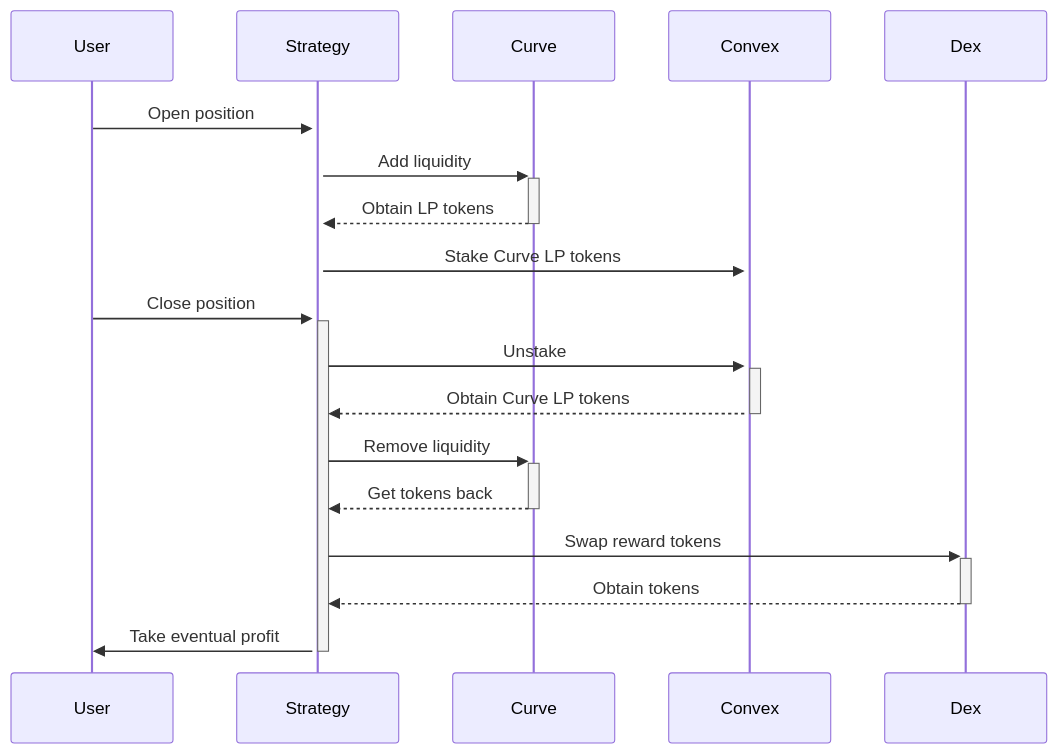
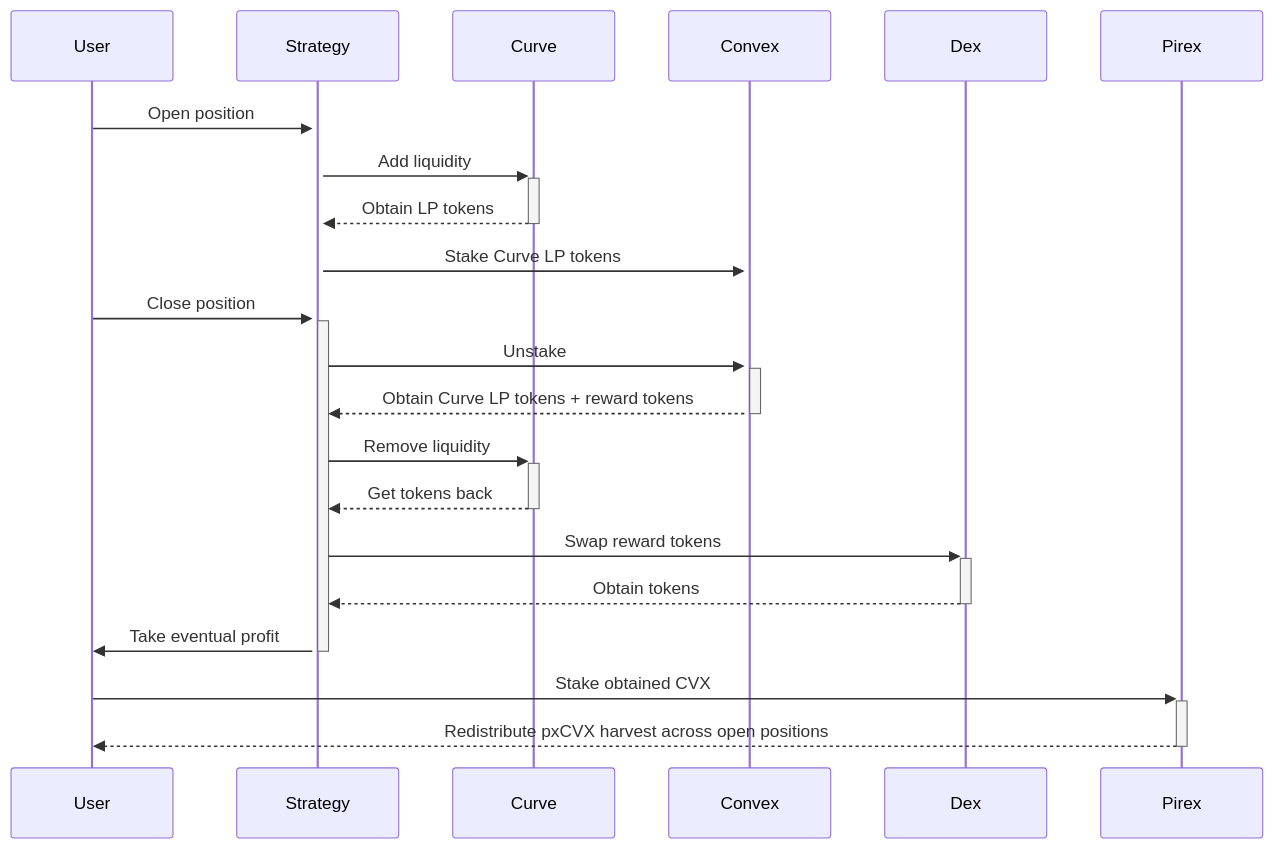
One commit to Ithil-protocol/docs changed the diagram in docs/strategies/curve-wars.md. Above: the diagram before and after it, drawn with Mermaid. The commit also changed other lines of this file and 9 other files, not shown here.

````diff
--- a/docs/strategies/curve-wars.md
+++ b/docs/strategies/curve-wars.md
@@ -17,15 +17,17 @@
 ```mermaid
 sequenceDiagram
     User->>+Strategy: Open position
     Strategy->>+Curve: Add liquidity
     Curve-->>-Strategy: Obtain LP tokens
     Strategy->>+Convex: Stake Curve LP tokens
     User->>+Strategy: Close position
     Strategy->>+Convex: Unstake
-    Convex-->>-Strategy: Obtain Curve LP tokens
+    Convex-->>-Strategy: Obtain Curve LP tokens + reward tokens
     Strategy->>+Curve: Remove liquidity
     Curve-->>-Strategy: Get tokens back
     Strategy->>+Dex: Swap reward tokens
     Dex-->>-Strategy: Obtain tokens
     Strategy->>-User: Take eventual profit
+    User->>+Pirex: Stake obtained CVX
+    Pirex-->>-User: Redistribute pxCVX harvest across open positions
 ```
````
